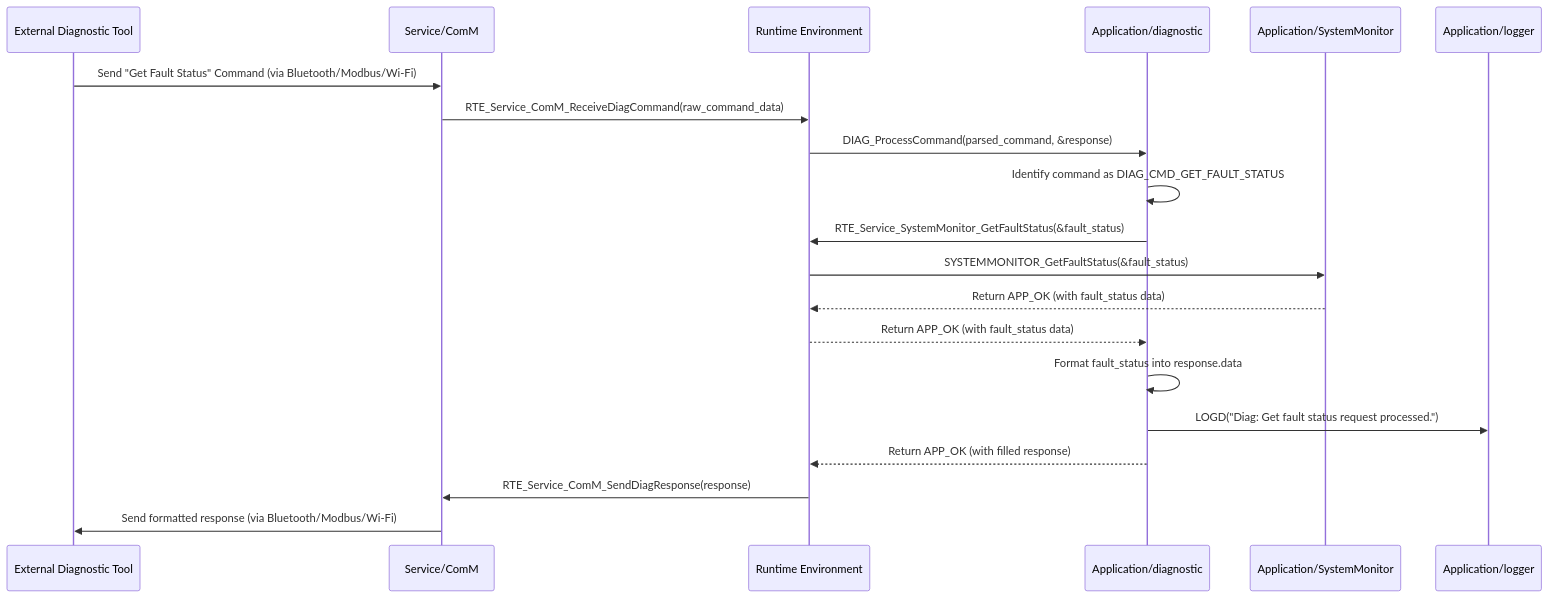
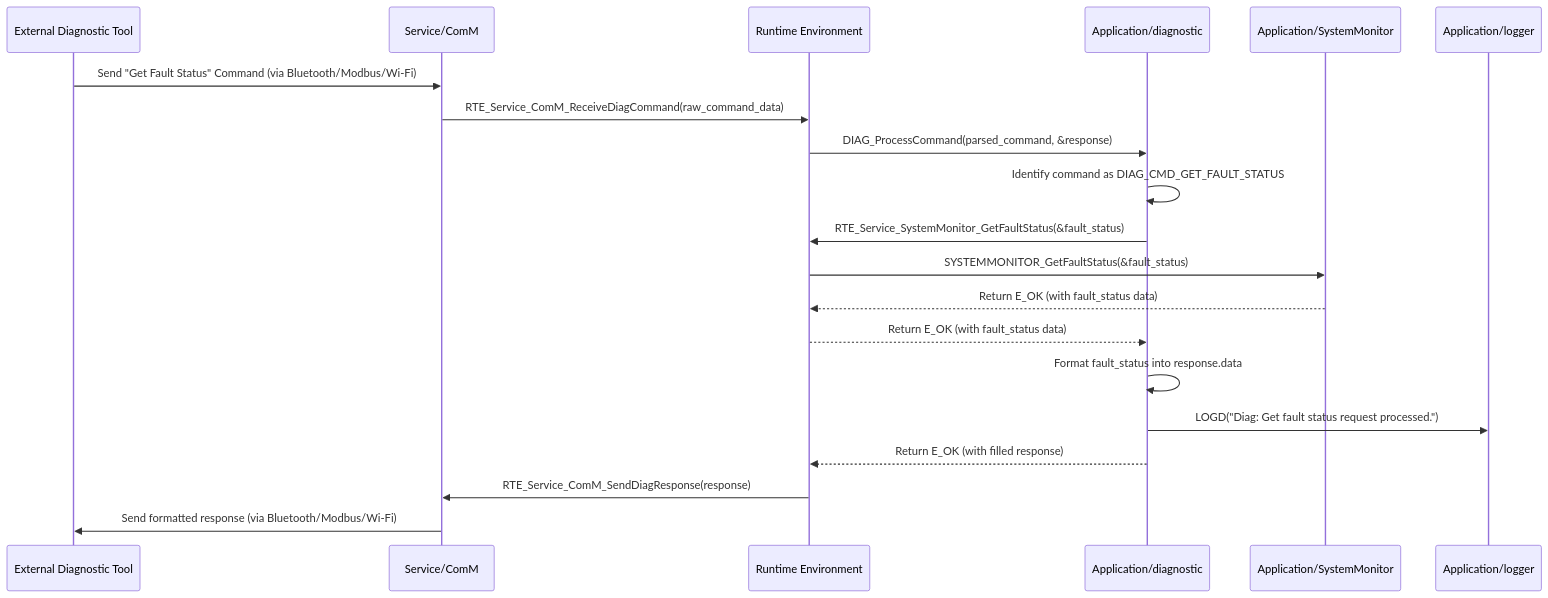
Before and after one commit to ashaker-2/Platform: the diagram in Requiremets/Design/Application/DiagnosticMgr.md, drawn with Mermaid. The commit also changed other lines of this file and 716 other files, not shown here.

````diff
--- a/Requiremets/Design/Application/DiagnosticMgr.md
+++ b/Requiremets/Design/Application/DiagnosticMgr.md
@@ -209,23 +209,23 @@
 ```mermaid
 sequenceDiagram  
     participant ExternalTool as External Diagnostic Tool  
     participant ComM as Service/ComM  
     participant RTE as Runtime Environment  
     participant Diag as Application/diagnostic  
     participant SystemMonitor as Application/SystemMonitor  
     participant Logger as Application/logger
 
     ExternalTool->>ComM: Send "Get Fault Status" Command (via Bluetooth/Modbus/Wi-Fi)  
     ComM->>RTE: RTE_Service_ComM_ReceiveDiagCommand(raw_command_data)  
     RTE->>Diag: DIAG_ProcessCommand(parsed_command, &response)  
     Diag->>Diag: Identify command as DIAG_CMD_GET_FAULT_STATUS  
     Diag->>RTE: RTE_Service_SystemMonitor_GetFaultStatus(&fault_status)  
     RTE->>SystemMonitor: SYSTEMMONITOR_GetFaultStatus(&fault_status)  
-    SystemMonitor-->>RTE: Return APP_OK (with fault_status data)  
-    RTE-->>Diag: Return APP_OK (with fault_status data)  
+    SystemMonitor-->>RTE: Return E_OK (with fault_status data)  
+    RTE-->>Diag: Return E_OK (with fault_status data)  
     Diag->>Diag: Format fault_status into response.data  
     Diag->>Logger: LOGD("Diag: Get fault status request processed.")  
-    Diag-->>RTE: Return APP_OK (with filled response)  
+    Diag-->>RTE: Return E_OK (with filled response)  
     RTE->>ComM: RTE_Service_ComM_SendDiagResponse(response)  
     ComM->>ExternalTool: Send formatted response (via Bluetooth/Modbus/Wi-Fi)
 ```
````
